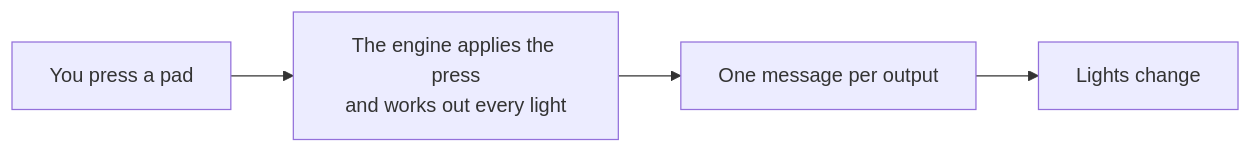
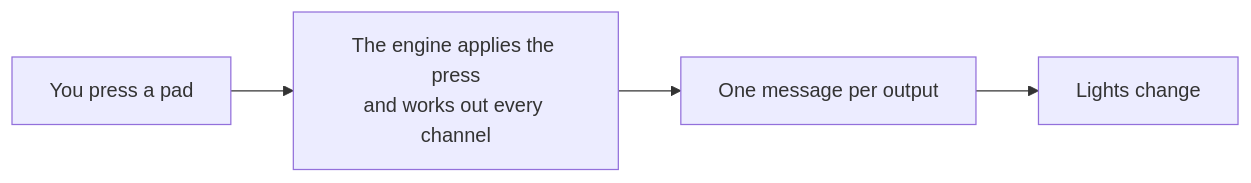
Before and after one commit to abossard/bossylights: the diagram in GLOSSARY.md, drawn with Mermaid. The commit also changed other lines of this file, not shown here.

Commit message:
Glossary: light is the app word, the engine works per channel, fixture names the file (owner)

````diff
--- a/GLOSSARY.md
+++ b/GLOSSARY.md
@@ -5,5 +5,5 @@
 ```mermaid
 flowchart LR
-  P["You press a pad"] --> E["The engine applies the press<br/>and works out every light"]
+  P["You press a pad"] --> E["The engine applies the press<br/>and works out every channel"]
   E --> S["One message per output"] --> L["Lights change"]
 ```
````
